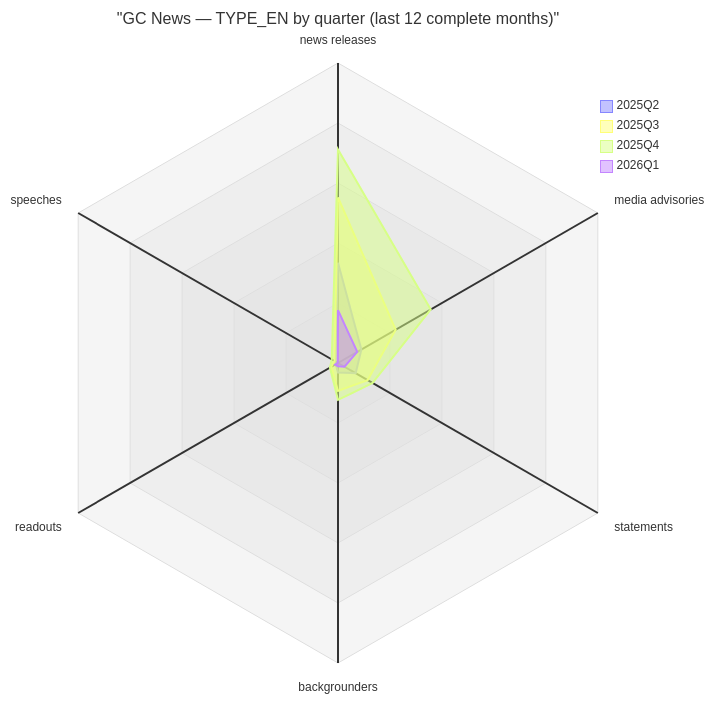
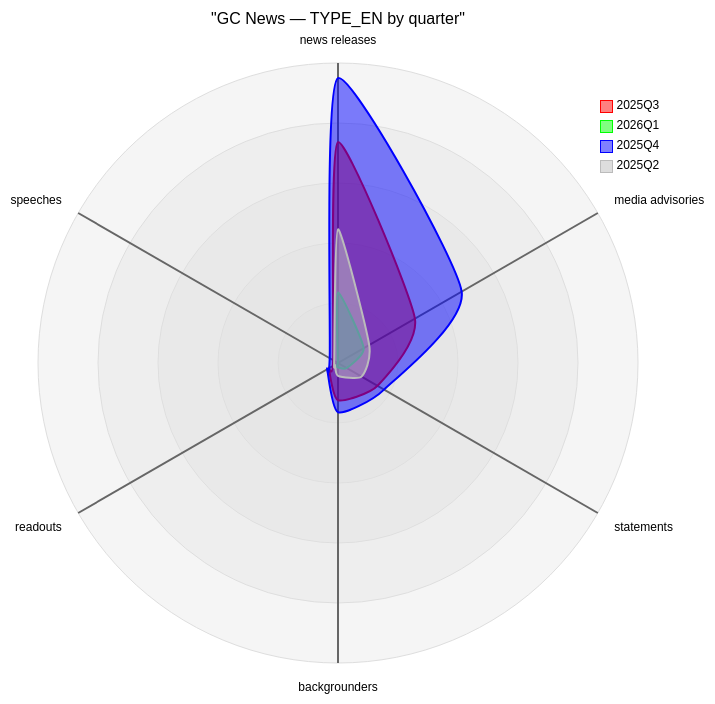
Before and after one commit to PatLittle/GC-News-Nouvelles-GC: the diagram in docs/type_axes_quarter_curves.md, drawn with Mermaid.

Commit message:
Update mermaid chart configuration and titles

````diff
--- a/docs/type_axes_quarter_curves.md
+++ b/docs/type_axes_quarter_curves.md
@@ -3,13 +3,37 @@
 ```mermaid
+---
+config:
+  radar:
+    axisScaleFactor: 1
+    curveTension: 0.1
+
+  legendFontSize: 16
+  axisLabelFontSize: 16
+  
+  theme: neutral
+  themeVariables:
+    cScale0: "#FF0000"
+    cScale1: "#00FF00"
+    cScale2: "#0000FF"
+    
+ 
+---
+
 radar-beta
-  title "GC News — TYPE_EN by quarter (last 12 complete months)"
+  title "GC News — TYPE_EN by quarter"
   axis t1["news releases"], t2["media advisories"], t3["statements"], t4["backgrounders"], t5["readouts"], t6["speeches"]
 
+  
+  curve q2["2025Q3"]{552, 222, 114, 93, 26, 14}
+  curve q4["2026Q1"]{176, 74, 25, 11, 11, 1}
+  curve q3["2025Q4"]{712, 357, 133, 123, 31, 24}
   curve q1["2025Q2"]{334, 90, 68, 32, 9, 11}
-  curve q2["2025Q3"]{552, 222, 114, 93, 26, 14}
-  curve q3["2025Q4"]{712, 357, 133, 123, 31, 24}
-  curve q4["2026Q1"]{176, 74, 25, 11, 11, 1}
 
-  graticule polygon
-  max 1000
+
+  max 750
+  showLegend true
+  graticule circle
+  ticks 5
+  
+  
 ```
````
